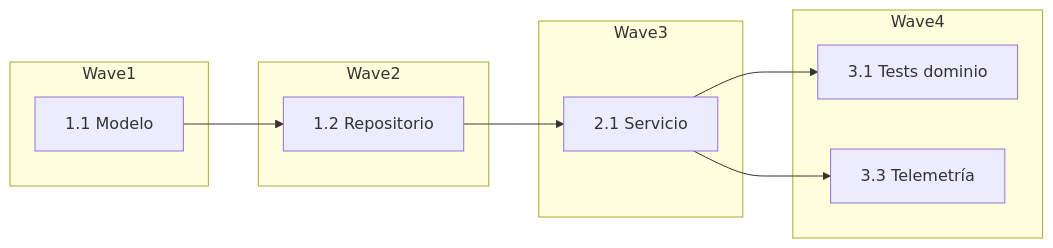
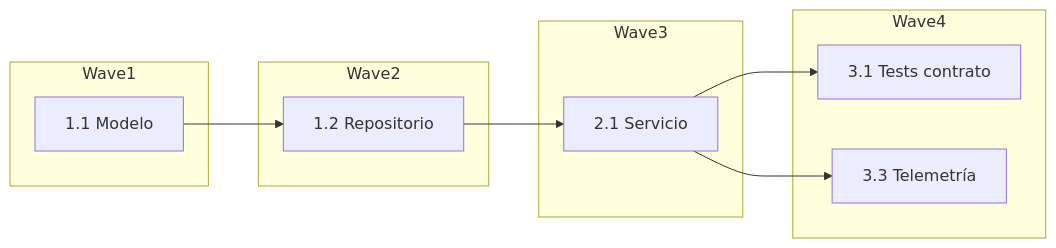
The diagram in canonical/skills/sdd-spec/references/templates.md (furthurr/ai-agents-kit), drawn with Mermaid before and after one commit. The commit also changed other lines of this file and 46 other files, not shown here.

````diff
--- a/canonical/skills/sdd-spec/references/templates.md
+++ b/canonical/skills/sdd-spec/references/templates.md
@@ -53,18 +57,18 @@
 ```mermaid
 flowchart LR
     subgraph Wave1
       T11[1.1 Modelo]
     end
     subgraph Wave2
       T12[1.2 Repositorio]
     end
     subgraph Wave3
       T21[2.1 Servicio]
     end
     subgraph Wave4
-      T31[3.1 Tests dominio]
+      T31[3.1 Tests contrato]
       T32[3.3 Telemetría]
     end
     T11 --> T12 --> T21 --> T31
     T21 --> T32
 ```
````
